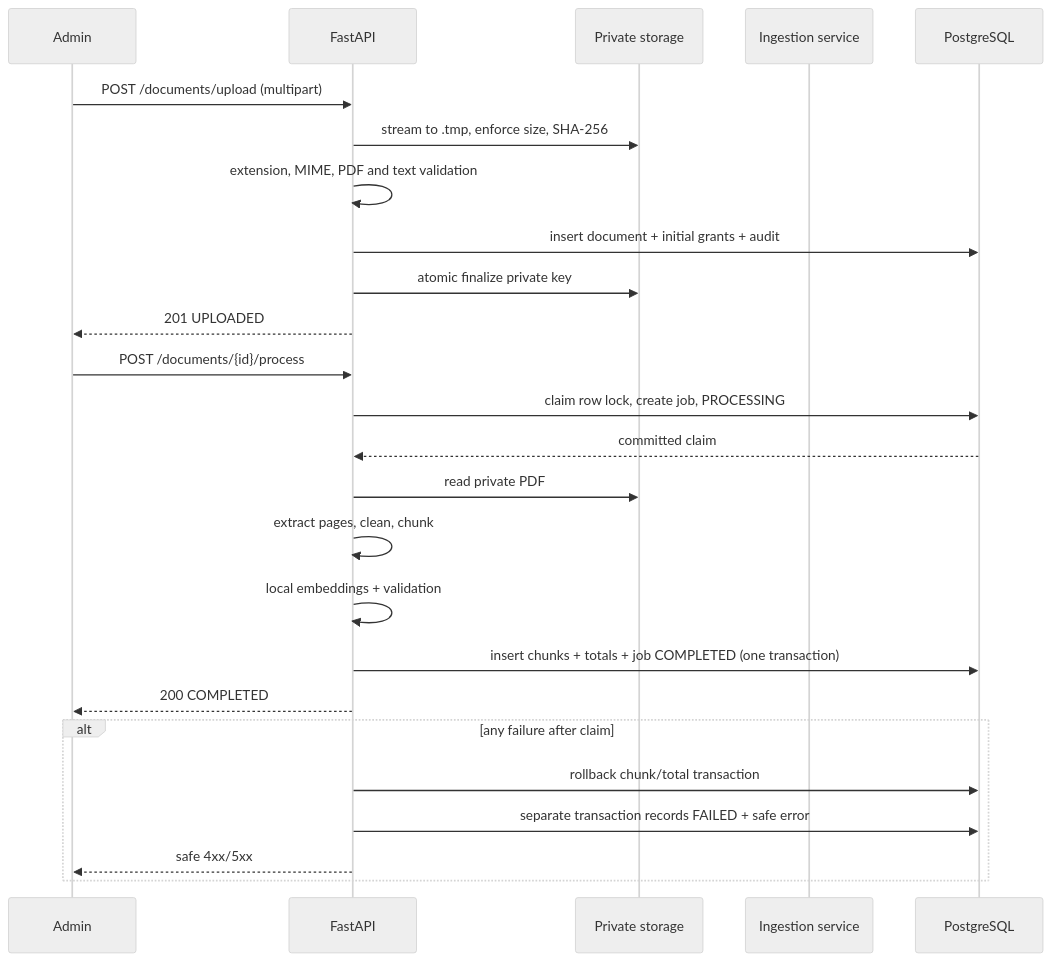
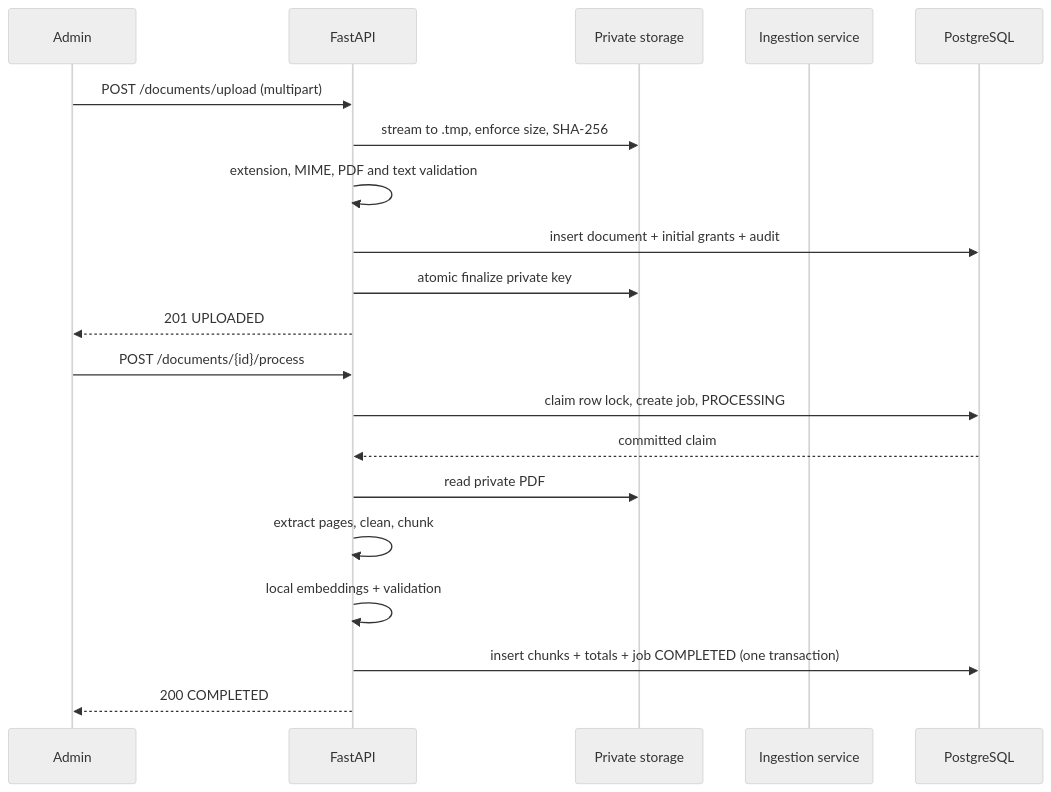
The third of 3 diagrams in README.md (madhurya-13/VaultRag), drawn with Mermaid (neutral theme) before and after one commit. The commit also changed other lines of this file and 32 other files, not shown here.

````diff
--- a/README.md
+++ b/README.md
@@ -427,30 +757,24 @@
 ```mermaid
 sequenceDiagram
     participant Admin
     participant API as FastAPI
     participant Store as Private storage
     participant Ingest as Ingestion service
     participant DB as PostgreSQL
 
     Admin->>API: POST /documents/upload (multipart)
     API->>Store: stream to .tmp, enforce size, SHA-256
     API->>API: extension, MIME, PDF and text validation
     API->>DB: insert document + initial grants + audit
     API->>Store: atomic finalize private key
     API-->>Admin: 201 UPLOADED
 
     Admin->>API: POST /documents/{id}/process
     API->>DB: claim row lock, create job, PROCESSING
     DB-->>API: committed claim
     API->>Store: read private PDF
     API->>API: extract pages, clean, chunk
     API->>API: local embeddings + validation
     API->>DB: insert chunks + totals + job COMPLETED (one transaction)
     API-->>Admin: 200 COMPLETED
-
-    alt any failure after claim
-        API->>DB: rollback chunk/total transaction
-        API->>DB: separate transaction records FAILED + safe error
-        API-->>Admin: safe 4xx/5xx
-    end
 ```
````
